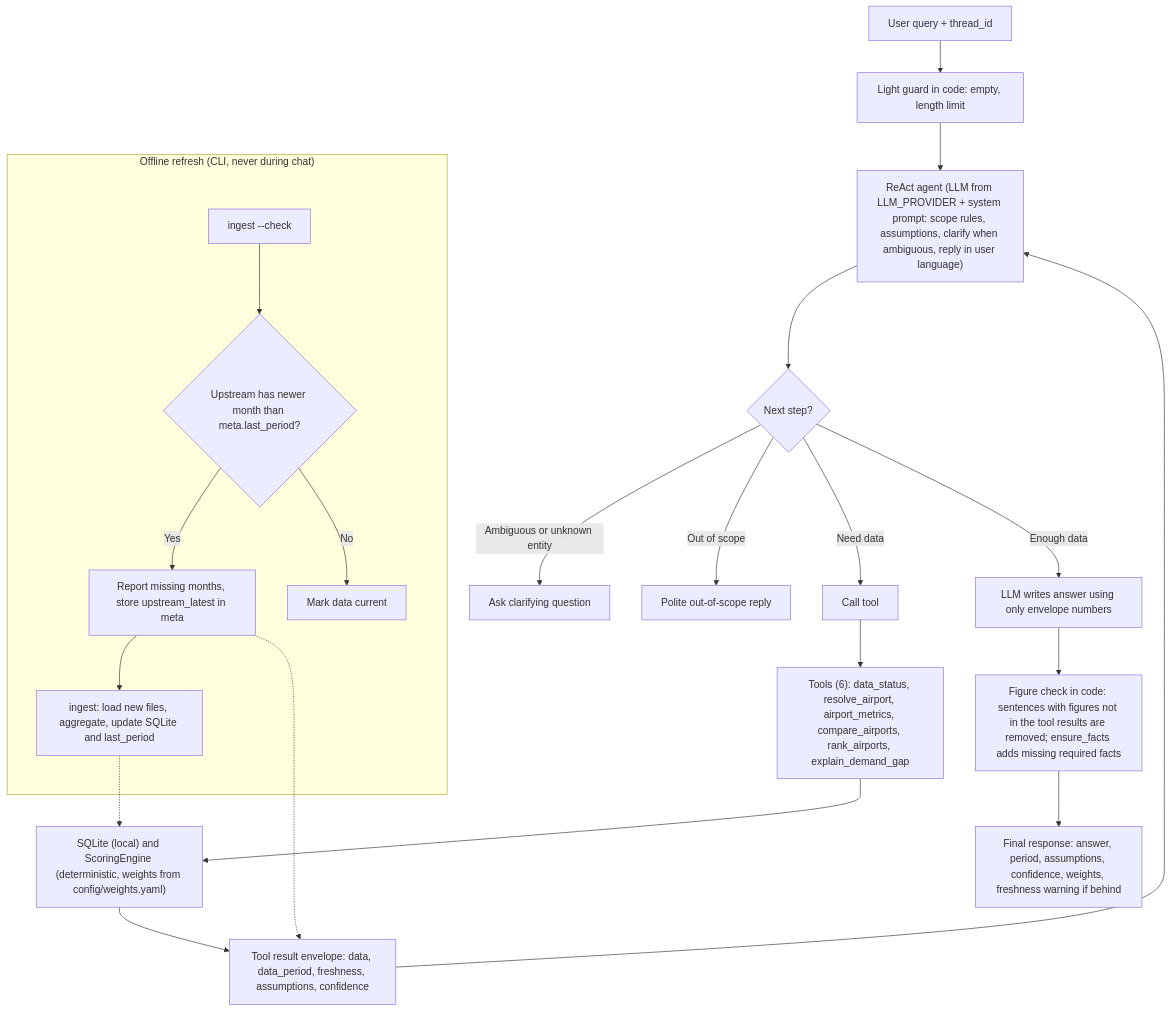
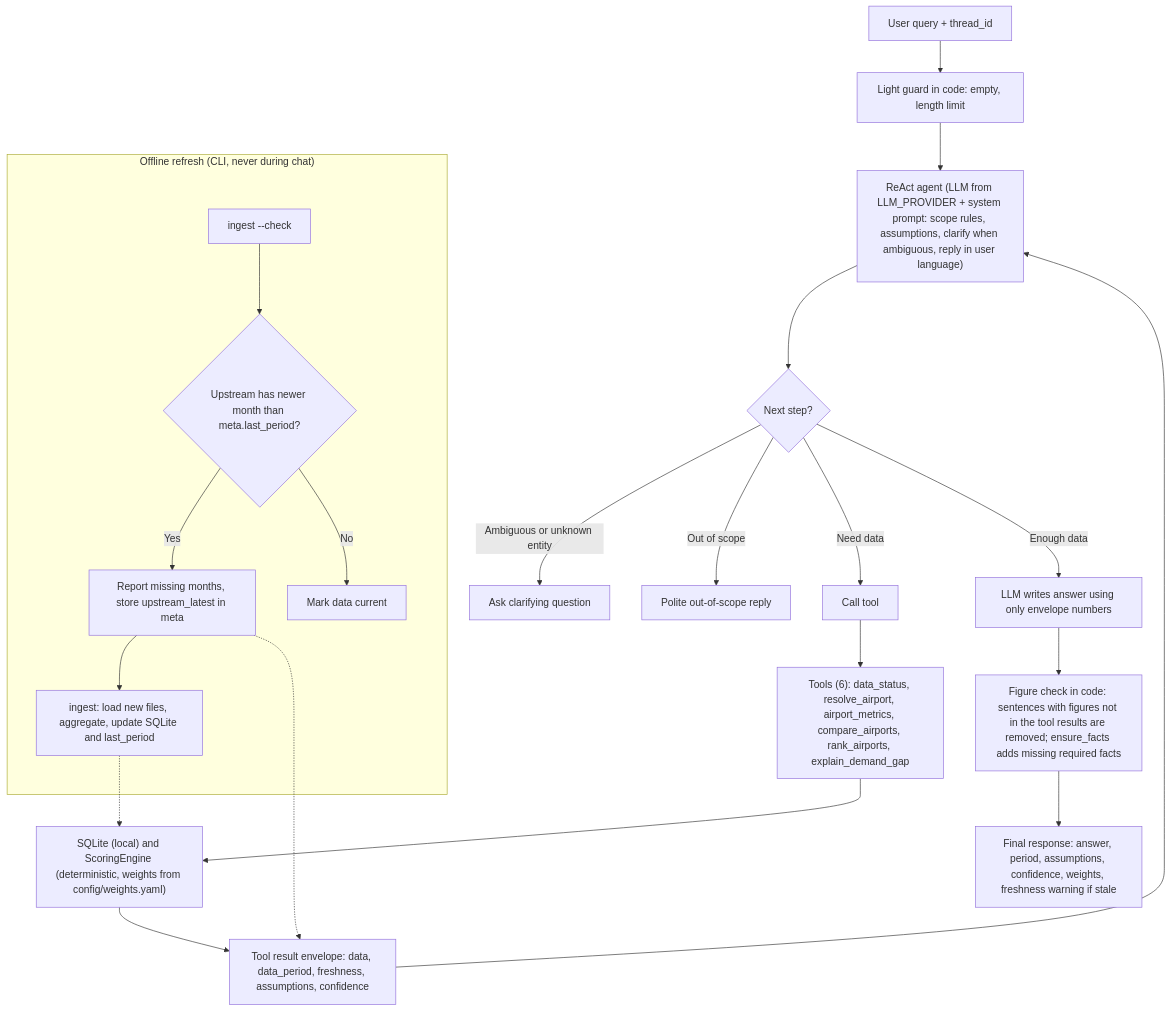
One commit to GaryShnol/airport-investment-agent changed the second of 2 diagrams in README.md. Above: the diagram before and after it, drawn with Mermaid. The commit also changed 9 other files, not shown here.

````diff
--- a/README.md
+++ b/README.md
@@ -107,29 +107,29 @@
 ```mermaid
 graph TD
     A["User query + thread_id"] --> B["Light guard in code: empty, length limit"]
     B --> C["ReAct agent (LLM from LLM_PROVIDER + system prompt: scope rules, assumptions, clarify when ambiguous, reply in user language)"]
 
     C --> D{"Next step?"}
     D -- "Ambiguous or unknown entity" --> E["Ask clarifying question"]
     D -- "Out of scope" --> F["Polite out-of-scope reply"]
     D -- "Need data" --> G["Call tool"]
 
     G --> H["Tools (6): data_status, resolve_airport, airport_metrics, compare_airports, rank_airports, explain_demand_gap"]
     H --> I["SQLite (local) and ScoringEngine (deterministic, weights from config/weights.yaml)"]
     I --> J["Tool result envelope: data, data_period, freshness, assumptions, confidence"]
     J --> C
 
     D -- "Enough data" --> K["LLM writes answer using only envelope numbers"]
     K --> L["Figure check in code: sentences with figures not in the tool results are removed; ensure_facts adds missing required facts"]
-    L --> N["Final response: answer, period, assumptions, confidence, weights, freshness warning if behind"]
+    L --> N["Final response: answer, period, assumptions, confidence, weights, freshness warning if stale"]
 
     subgraph OFFLINE ["Offline refresh (CLI, never during chat)"]
         O["ingest --check"] --> P{"Upstream has newer month than meta.last_period?"}
         P -- "Yes" --> Q["Report missing months, store upstream_latest in meta"]
         P -- "No" --> R["Mark data current"]
         Q --> S["ingest: load new files, aggregate, update SQLite and last_period"]
     end
 
     S -.-> I
     Q -.-> J
 ```
````
